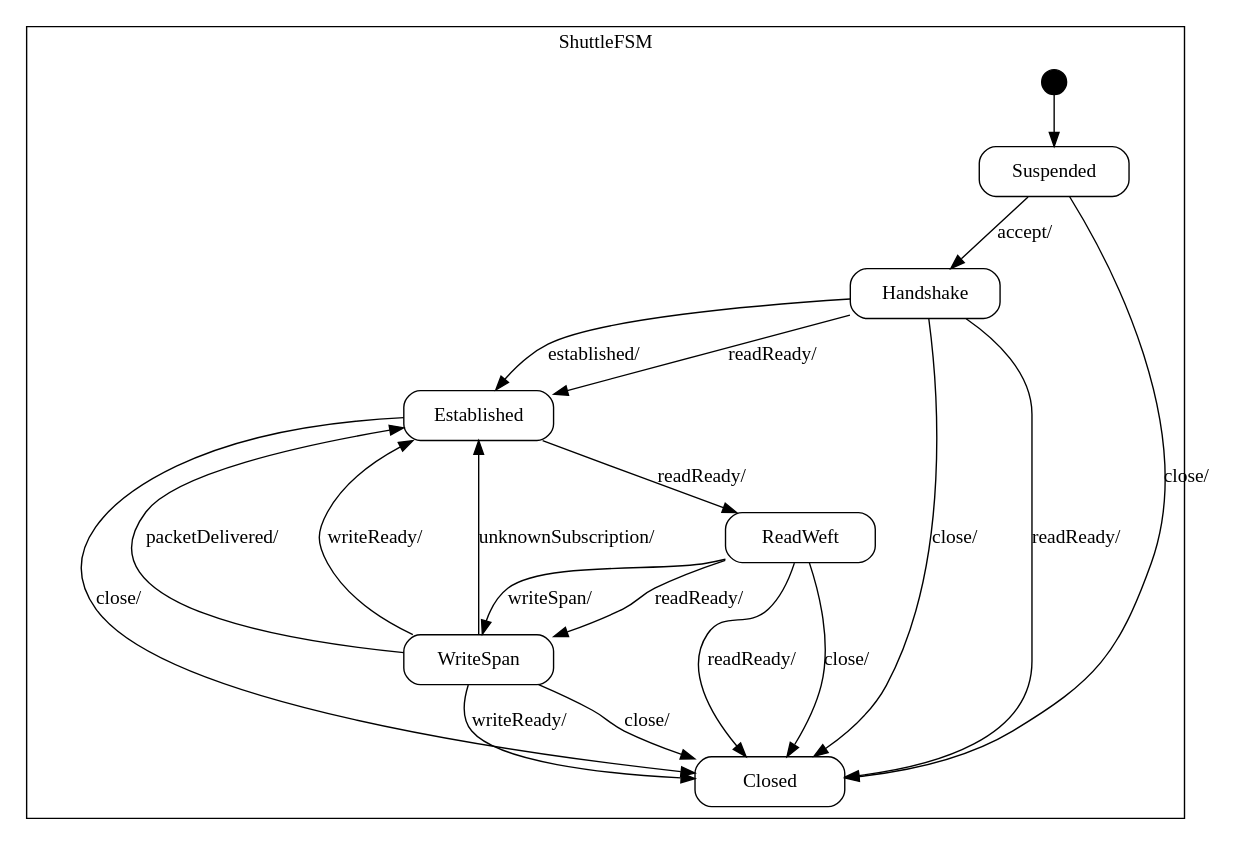
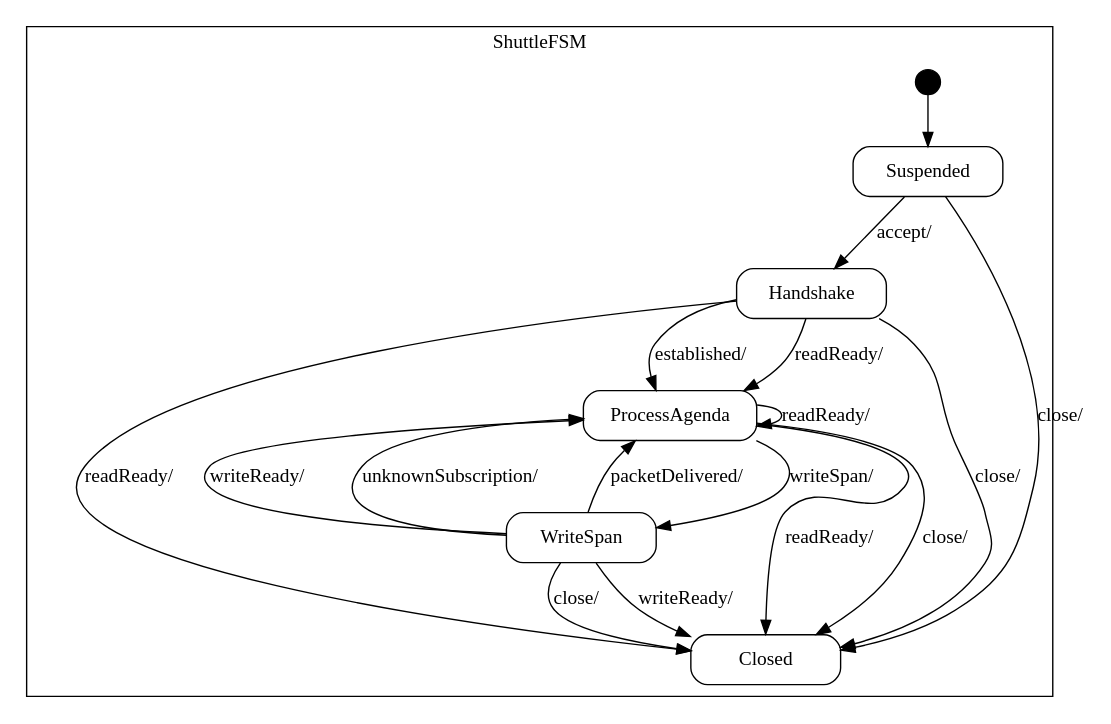
The diagram in spindle/doc/Shuttle_sm.dot (vmehra-sfdc/Ouroboros), drawn with Graphviz before and after one commit. The commit also changed 62 other files, not shown here.

```diff
--- a/spindle/doc/Shuttle_sm.dot
+++ b/spindle/doc/Shuttle_sm.dot
@@ -1,93 +1,84 @@
 digraph Shuttle {
 
     node
         [shape=Mrecord width=1.5];
 
     subgraph cluster_ShuttleFSM {
 
         label="ShuttleFSM";
 
         //
         // States (Nodes)
         //
 
         "ShuttleFSM::Suspended"
             [label="{Suspended}"];
 
-        "ShuttleFSM::Established"
-            [label="{Established}"];
-
         "ShuttleFSM::Handshake"
             [label="{Handshake}"];
 
-        "ShuttleFSM::ReadWeft"
-            [label="{ReadWeft}"];
+        "ShuttleFSM::ProcessAgenda"
+            [label="{ProcessAgenda}"];
 
         "ShuttleFSM::WriteSpan"
             [label="{WriteSpan}"];
 
         "ShuttleFSM::Closed"
             [label="{Closed}"];
 
         "%start"
             [label="" shape=circle style=filled fillcolor=black width=0.25];
 
         //
         // Transitions (Edges)
         //
 
         "ShuttleFSM::Suspended" -> "ShuttleFSM::Handshake"
             [label="accept/\l"];
 
         "ShuttleFSM::Suspended" -> "ShuttleFSM::Closed"
             [label="close/\l"];
 
-        "ShuttleFSM::Established" -> "ShuttleFSM::ReadWeft"
-            [label="readReady/\l"];
-
-        "ShuttleFSM::Established" -> "ShuttleFSM::Closed"
-            [label="close/\l"];
-
         "ShuttleFSM::Handshake" -> "ShuttleFSM::Closed"
             [label="readReady/\l"];
 
-        "ShuttleFSM::Handshake" -> "ShuttleFSM::Established"
+        "ShuttleFSM::Handshake" -> "ShuttleFSM::ProcessAgenda"
             [label="readReady/\l"];
 
-        "ShuttleFSM::Handshake" -> "ShuttleFSM::Established"
+        "ShuttleFSM::Handshake" -> "ShuttleFSM::ProcessAgenda"
             [label="established/\l"];
 
         "ShuttleFSM::Handshake" -> "ShuttleFSM::Closed"
             [label="close/\l"];
 
-        "ShuttleFSM::ReadWeft" -> "ShuttleFSM::Closed"
+        "ShuttleFSM::ProcessAgenda" -> "ShuttleFSM::Closed"
             [label="readReady/\l"];
 
-        "ShuttleFSM::ReadWeft" -> "ShuttleFSM::WriteSpan"
+        "ShuttleFSM::ProcessAgenda" -> "ShuttleFSM::ProcessAgenda"
             [label="readReady/\l"];
 
-        "ShuttleFSM::ReadWeft" -> "ShuttleFSM::WriteSpan"
+        "ShuttleFSM::ProcessAgenda" -> "ShuttleFSM::WriteSpan"
             [label="writeSpan/\l"];
 
-        "ShuttleFSM::ReadWeft" -> "ShuttleFSM::Closed"
+        "ShuttleFSM::ProcessAgenda" -> "ShuttleFSM::Closed"
             [label="close/\l"];
 
         "ShuttleFSM::WriteSpan" -> "ShuttleFSM::Closed"
             [label="writeReady/\l"];
 
-        "ShuttleFSM::WriteSpan" -> "ShuttleFSM::Established"
+        "ShuttleFSM::WriteSpan" -> "ShuttleFSM::ProcessAgenda"
             [label="writeReady/\l"];
 
-        "ShuttleFSM::WriteSpan" -> "ShuttleFSM::Established"
+        "ShuttleFSM::WriteSpan" -> "ShuttleFSM::ProcessAgenda"
             [label="unknownSubscription/\l"];
 
-        "ShuttleFSM::WriteSpan" -> "ShuttleFSM::Established"
+        "ShuttleFSM::WriteSpan" -> "ShuttleFSM::ProcessAgenda"
             [label="packetDelivered/\l"];
 
         "ShuttleFSM::WriteSpan" -> "ShuttleFSM::Closed"
             [label="close/\l"];
 
         "%start" -> "ShuttleFSM::Suspended"
     }
 
 }
```
